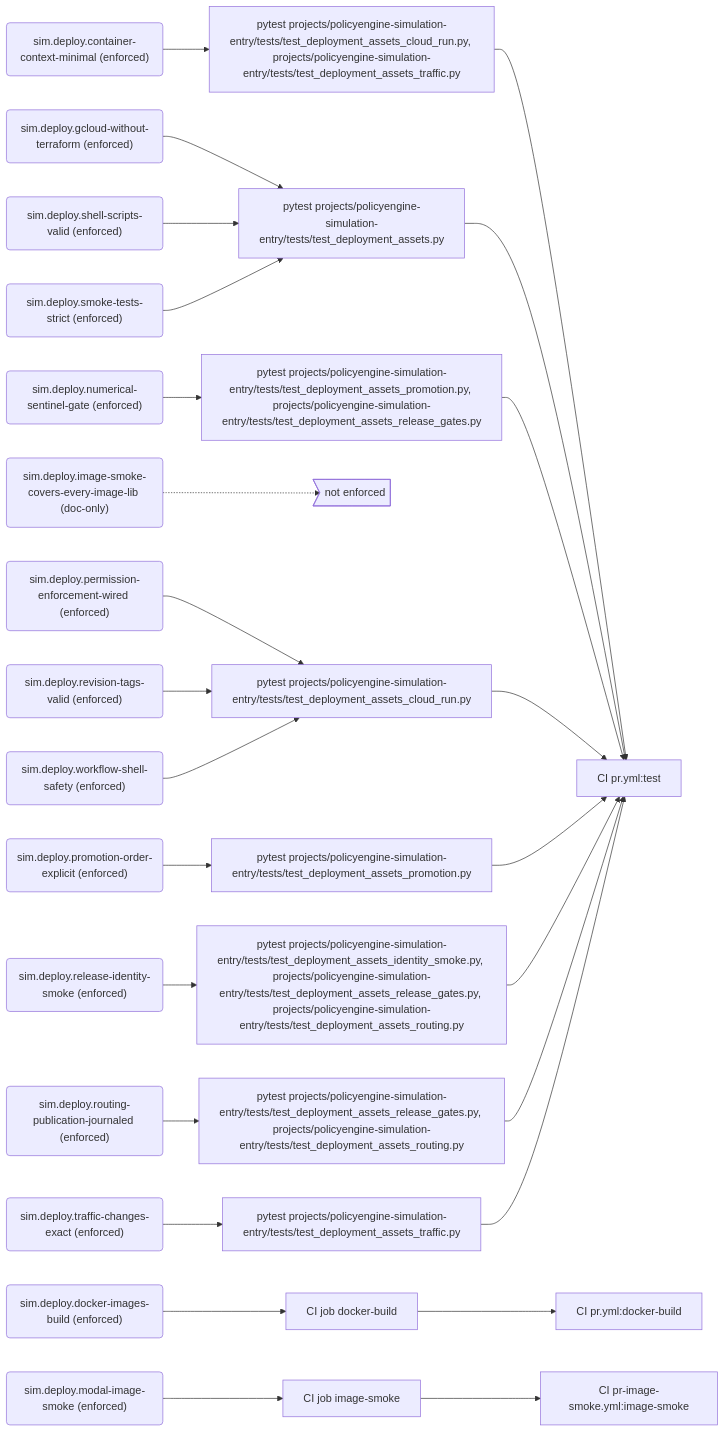
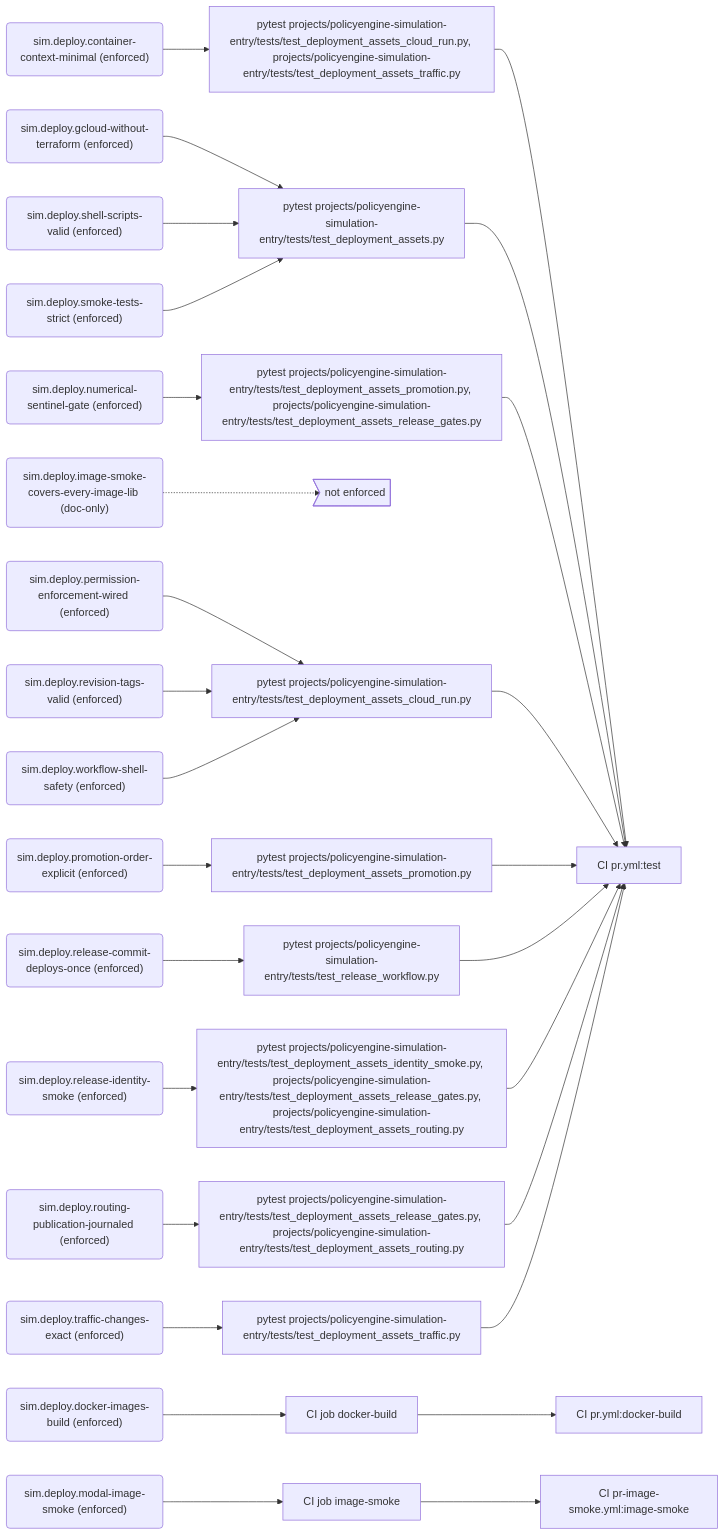
Before and after one commit to PolicyEngine/policyengine-sim-api: the third of 10 diagrams in docs/generated/rules.md, drawn with Mermaid. The commit also changed other lines of this file and 7 other files, not shown here.

````diff
--- a/docs/generated/rules.md
+++ b/docs/generated/rules.md
@@ -161,57 +162,61 @@
 ```mermaid
 flowchart LR
   r_sim_deploy_container_context_minimal("sim.deploy.container-context-minimal (enforced)")
   e_pytest_projects_policyengine_simulation_entry_tests_test_deployment_assets_cloud_run_py__projects_policyengine_simulation_entry_tests_test_deployment_assets_traffic_py["pytest projects/policyengine-simulation-entry/tests/test_deployment_assets_cloud_run.py, projects/policyengine-simulation-entry/tests/test_deployment_assets_traffic.py"]
   j_CI_pr_yml_test["CI pr.yml:test"]
   r_sim_deploy_docker_images_build("sim.deploy.docker-images-build (enforced)")
   e_CI_job_docker_build["CI job docker-build"]
   j_CI_pr_yml_docker_build["CI pr.yml:docker-build"]
   r_sim_deploy_gcloud_without_terraform("sim.deploy.gcloud-without-terraform (enforced)")
   e_pytest_projects_policyengine_simulation_entry_tests_test_deployment_assets_py["pytest projects/policyengine-simulation-entry/tests/test_deployment_assets.py"]
   r_sim_deploy_image_smoke_covers_every_image_lib("sim.deploy.image-smoke-covers-every-image-lib (doc-only)")
   gap_unenforced>"not enforced"]
   r_sim_deploy_modal_image_smoke("sim.deploy.modal-image-smoke (enforced)")
   e_CI_job_image_smoke["CI job image-smoke"]
   j_CI_pr_image_smoke_yml_image_smoke["CI pr-image-smoke.yml:image-smoke"]
   r_sim_deploy_numerical_sentinel_gate("sim.deploy.numerical-sentinel-gate (enforced)")
   e_pytest_projects_policyengine_simulation_entry_tests_test_deployment_assets_promotion_py__projects_policyengine_simulation_entry_tests_test_deployment_assets_release_gates_py["pytest projects/policyengine-simulation-entry/tests/test_deployment_assets_promotion.py, projects/policyengine-simulation-entry/tests/test_deployment_assets_release_gates.py"]
   r_sim_deploy_permission_enforcement_wired("sim.deploy.permission-enforcement-wired (enforced)")
   e_pytest_projects_policyengine_simulation_entry_tests_test_deployment_assets_cloud_run_py["pytest projects/policyengine-simulation-entry/tests/test_deployment_assets_cloud_run.py"]
   r_sim_deploy_promotion_order_explicit("sim.deploy.promotion-order-explicit (enforced)")
   e_pytest_projects_policyengine_simulation_entry_tests_test_deployment_assets_promotion_py["pytest projects/policyengine-simulation-entry/tests/test_deployment_assets_promotion.py"]
+  r_sim_deploy_release_commit_deploys_once("sim.deploy.release-commit-deploys-once (enforced)")
+  e_pytest_projects_policyengine_simulation_entry_tests_test_release_workflow_py["pytest projects/policyengine-simulation-entry/tests/test_release_workflow.py"]
   r_sim_deploy_release_identity_smoke("sim.deploy.release-identity-smoke (enforced)")
   e_pytest_projects_policyengine_simulation_entry_tests_test_deployment_assets_identity_smoke_py__projects_policyengine_simulation_entry_tests_test_deployment_assets_release_gates_py__projects_policyengine_simulation_entry_tests_test_deployment_assets_routing_py["pytest projects/policyengine-simulation-entry/tests/test_deployment_assets_identity_smoke.py, projects/policyengine-simulation-entry/tests/test_deployment_assets_release_gates.py, projects/policyengine-simulation-entry/tests/test_deployment_assets_routing.py"]
   r_sim_deploy_revision_tags_valid("sim.deploy.revision-tags-valid (enforced)")
   r_sim_deploy_routing_publication_journaled("sim.deploy.routing-publication-journaled (enforced)")
   e_pytest_projects_policyengine_simulation_entry_tests_test_deployment_assets_release_gates_py__projects_policyengine_simulation_entry_tests_test_deployment_assets_routing_py["pytest projects/policyengine-simulation-entry/tests/test_deployment_assets_release_gates.py, projects/policyengine-simulation-entry/tests/test_deployment_assets_routing.py"]
   r_sim_deploy_shell_scripts_valid("sim.deploy.shell-scripts-valid (enforced)")
   r_sim_deploy_smoke_tests_strict("sim.deploy.smoke-tests-strict (enforced)")
   r_sim_deploy_traffic_changes_exact("sim.deploy.traffic-changes-exact (enforced)")
   e_pytest_projects_policyengine_simulation_entry_tests_test_deployment_assets_traffic_py["pytest projects/policyengine-simulation-entry/tests/test_deployment_assets_traffic.py"]
   r_sim_deploy_workflow_shell_safety("sim.deploy.workflow-shell-safety (enforced)")
   r_sim_deploy_container_context_minimal --> e_pytest_projects_policyengine_simulation_entry_tests_test_deployment_assets_cloud_run_py__projects_policyengine_simulation_entry_tests_test_deployment_assets_traffic_py
   e_pytest_projects_policyengine_simulation_entry_tests_test_deployment_assets_cloud_run_py__projects_policyengine_simulation_entry_tests_test_deployment_assets_traffic_py --> j_CI_pr_yml_test
   r_sim_deploy_docker_images_build --> e_CI_job_docker_build
   e_CI_job_docker_build --> j_CI_pr_yml_docker_build
   r_sim_deploy_gcloud_without_terraform --> e_pytest_projects_policyengine_simulation_entry_tests_test_deployment_assets_py
   e_pytest_projects_policyengine_simulation_entry_tests_test_deployment_assets_py --> j_CI_pr_yml_test
   r_sim_deploy_image_smoke_covers_every_image_lib -.-> gap_unenforced
   r_sim_deploy_modal_image_smoke --> e_CI_job_image_smoke
   e_CI_job_image_smoke --> j_CI_pr_image_smoke_yml_image_smoke
   r_sim_deploy_numerical_sentinel_gate --> e_pytest_projects_policyengine_simulation_entry_tests_test_deployment_assets_promotion_py__projects_policyengine_simulation_entry_tests_test_deployment_assets_release_gates_py
   e_pytest_projects_policyengine_simulation_entry_tests_test_deployment_assets_promotion_py__projects_policyengine_simulation_entry_tests_test_deployment_assets_release_gates_py --> j_CI_pr_yml_test
   r_sim_deploy_permission_enforcement_wired --> e_pytest_projects_policyengine_simulation_entry_tests_test_deployment_assets_cloud_run_py
   e_pytest_projects_policyengine_simulation_entry_tests_test_deployment_assets_cloud_run_py --> j_CI_pr_yml_test
   r_sim_deploy_promotion_order_explicit --> e_pytest_projects_policyengine_simulation_entry_tests_test_deployment_assets_promotion_py
   e_pytest_projects_policyengine_simulation_entry_tests_test_deployment_assets_promotion_py --> j_CI_pr_yml_test
+  r_sim_deploy_release_commit_deploys_once --> e_pytest_projects_policyengine_simulation_entry_tests_test_release_workflow_py
+  e_pytest_projects_policyengine_simulation_entry_tests_test_release_workflow_py --> j_CI_pr_yml_test
   r_sim_deploy_release_identity_smoke --> e_pytest_projects_policyengine_simulation_entry_tests_test_deployment_assets_identity_smoke_py__projects_policyengine_simulation_entry_tests_test_deployment_assets_release_gates_py__projects_policyengine_simulation_entry_tests_test_deployment_assets_routing_py
   e_pytest_projects_policyengine_simulation_entry_tests_test_deployment_assets_identity_smoke_py__projects_policyengine_simulation_entry_tests_test_deployment_assets_release_gates_py__projects_policyengine_simulation_entry_tests_test_deployment_assets_routing_py --> j_CI_pr_yml_test
   r_sim_deploy_revision_tags_valid --> e_pytest_projects_policyengine_simulation_entry_tests_test_deployment_assets_cloud_run_py
   r_sim_deploy_routing_publication_journaled --> e_pytest_projects_policyengine_simulation_entry_tests_test_deployment_assets_release_gates_py__projects_policyengine_simulation_entry_tests_test_deployment_assets_routing_py
   e_pytest_projects_policyengine_simulation_entry_tests_test_deployment_assets_release_gates_py__projects_policyengine_simulation_entry_tests_test_deployment_assets_routing_py --> j_CI_pr_yml_test
   r_sim_deploy_shell_scripts_valid --> e_pytest_projects_policyengine_simulation_entry_tests_test_deployment_assets_py
   r_sim_deploy_smoke_tests_strict --> e_pytest_projects_policyengine_simulation_entry_tests_test_deployment_assets_py
   r_sim_deploy_traffic_changes_exact --> e_pytest_projects_policyengine_simulation_entry_tests_test_deployment_assets_traffic_py
   e_pytest_projects_policyengine_simulation_entry_tests_test_deployment_assets_traffic_py --> j_CI_pr_yml_test
   r_sim_deploy_workflow_shell_safety --> e_pytest_projects_policyengine_simulation_entry_tests_test_deployment_assets_cloud_run_py
 ```
````
